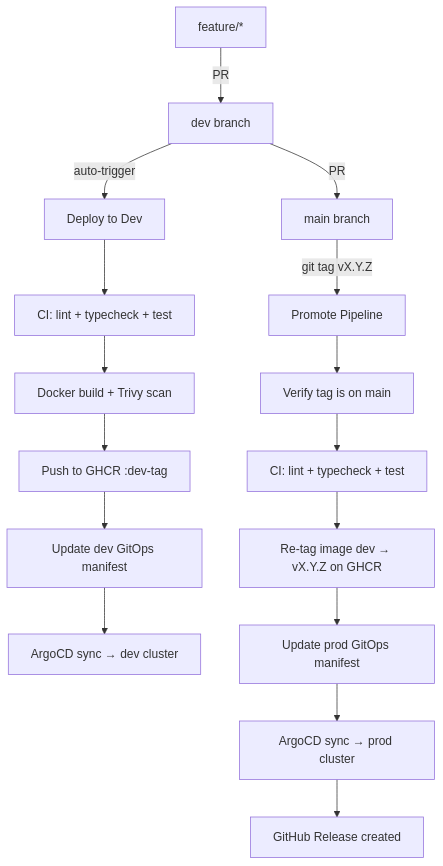
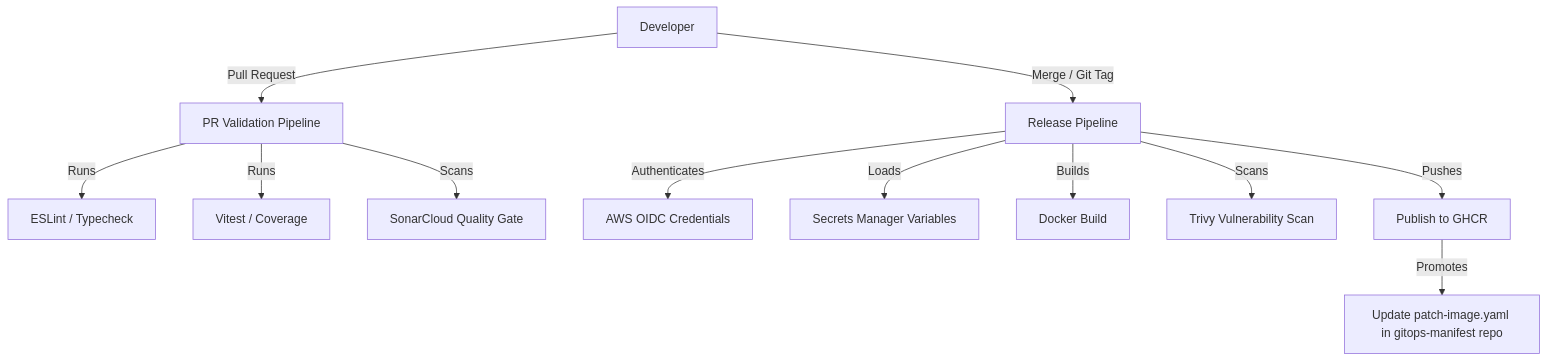
Before and after one commit to flavoriy/tikto: the diagram in README.md, drawn with Mermaid. The commit also changed other lines of this file, not shown here.

````diff
--- a/README.md
+++ b/README.md
@@ -37,19 +24,15 @@
 ```mermaid
 flowchart TD
-    Feature[feature/*] -->|PR| Dev[dev branch]
-    Dev -->|auto-trigger| DeployDev[Deploy to Dev]
-    DeployDev --> CI1[CI: lint + typecheck + test]
-    CI1 --> Build1[Docker build + Trivy scan]
-    Build1 --> Push1[Push to GHCR :dev-tag]
-    Push1 --> GitOps1[Update dev GitOps manifest]
-    GitOps1 --> ArgoCD1[ArgoCD sync → dev cluster]
+    Dev[Developer] -->|Pull Request| PR[PR Validation Pipeline]
+    PR -->|Runs| Lint[ESLint / Typecheck]
+    PR -->|Runs| Test[Vitest / Coverage]
+    PR -->|Scans| Sonar[SonarCloud Quality Gate]
 
-    Dev -->|PR| Main[main branch]
-    Main -->|git tag vX.Y.Z| Promote[Promote Pipeline]
-    Promote --> Guard[Verify tag is on main]
-    Guard --> CI2[CI: lint + typecheck + test]
-    CI2 --> Retag[Re-tag image dev → vX.Y.Z on GHCR]
-    Retag --> GitOps2[Update prod GitOps manifest]
-    GitOps2 --> ArgoCD2[ArgoCD sync → prod cluster]
-    ArgoCD2 --> Release[GitHub Release created]
+    Dev -->|Merge / Git Tag| Tag[Release Pipeline]
+    Tag -->|Authenticates| OIDC[AWS OIDC Credentials]
+    Tag -->|Loads| Secrets[Secrets Manager Variables]
+    Tag -->|Builds| Docker[Docker Build]
+    Tag -->|Scans| Trivy[Trivy Vulnerability Scan]
+    Tag -->|Pushes| GHCR[Publish to GHCR]
+    GHCR -->|Promotes| GitOps[Update patch-image.yaml in gitops-manifest repo]
 ```
````
